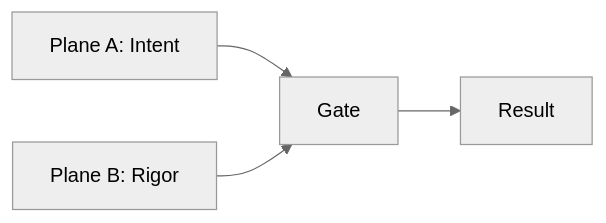
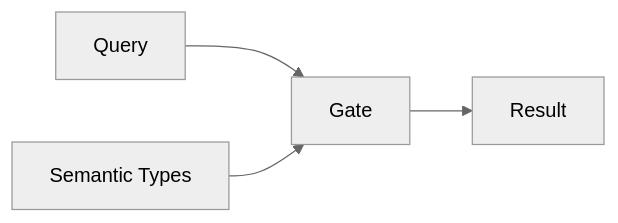
Before and after one commit to adieyal/invariant: the diagram in docs/_partials/templates/mental-model.md, drawn with Mermaid (neutral theme). The commit also changed other lines of this file and 28 other files, not shown here.

````diff
--- a/docs/_partials/templates/mental-model.md
+++ b/docs/_partials/templates/mental-model.md
@@ -11,6 +33,6 @@
 ```mermaid
 graph LR
-    A[Plane A: Intent] --> Gate
-    B[Plane B: Rigor] --> Gate
+    Q[Query] --> Gate
+    R[Semantic Types] --> Gate
     Gate --> Result
 ```
````
